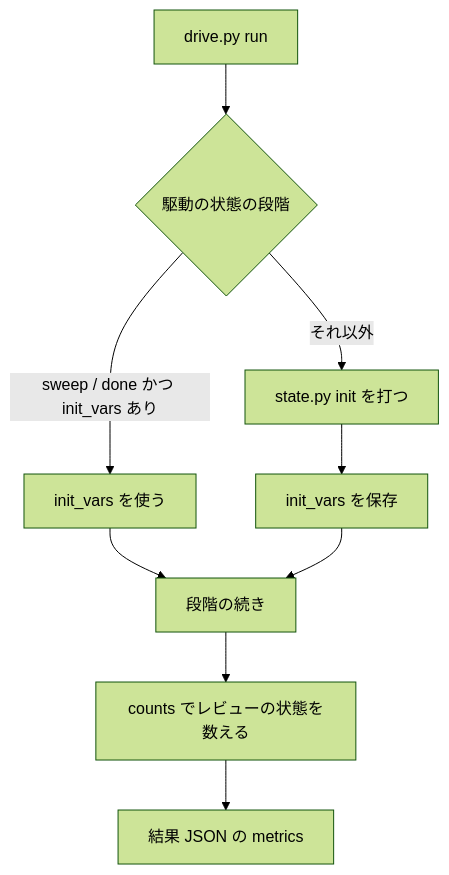
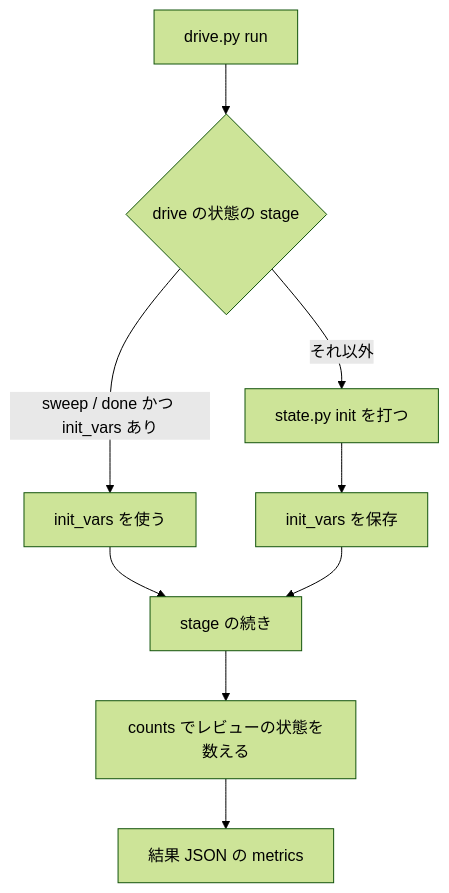
One commit to devbasex/ai-plugins changed the seventh of 9 diagrams in issues/issue-1142-design.md. Above: the diagram before and after it, drawn with Mermaid (forest theme). The commit also changed other lines of this file and 5 other files, not shown here.

````diff
--- a/issues/issue-1142-design.md
+++ b/issues/issue-1142-design.md
@@ -423,11 +425,11 @@
 ```mermaid
 graph TD
-    A[drive.py run] --> B{駆動の状態の段階}
+    A[drive.py run] --> B{drive の状態の stage}
     B -- sweep / done かつ init_vars あり --> C[init_vars を使う]
     B -- それ以外 --> D[state.py init を打つ]
     D --> E[init_vars を保存]
-    C --> F[段階の続き]
+    C --> F[stage の続き]
     E --> F
     F --> G[counts でレビューの状態を数える]
     G --> H[結果 JSON の metrics]
 ```
````
